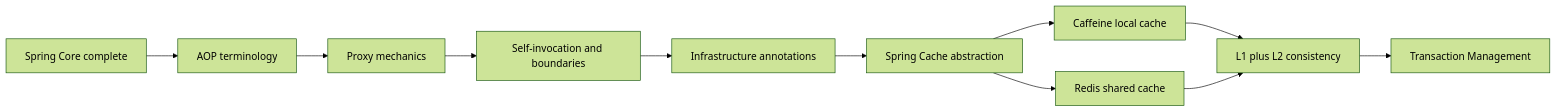
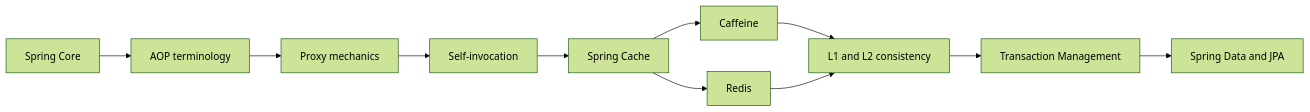
Before and after one commit to alimbetov/obsidian: the diagram in 30_CERTIFICATIONS/Spring/2V0-72.22/Spring AOP and Cache Roadmap.md, drawn with Mermaid (forest theme). The commit also changed other lines of this file, not shown here.

Commit message:
Link published Data JPA route from AOP cache roadmap

````diff
--- a/30_CERTIFICATIONS/Spring/2V0-72.22/Spring AOP and Cache Roadmap.md
+++ b/30_CERTIFICATIONS/Spring/2V0-72.22/Spring AOP and Cache Roadmap.md
@@ -36,13 +36,13 @@
 ```mermaid
 flowchart LR
-    C[Spring Core complete] --> A[AOP terminology]
+    C[Spring Core] --> A[AOP terminology]
     A --> P[Proxy mechanics]
-    P --> S[Self-invocation and boundaries]
-    S --> I[Infrastructure annotations]
-    I --> K[Spring Cache abstraction]
-    K --> CF[Caffeine local cache]
-    K --> R[Redis shared cache]
-    CF --> L2[L1 plus L2 consistency]
+    P --> S[Self-invocation]
+    S --> K[Spring Cache]
+    K --> CF[Caffeine]
+    K --> R[Redis]
+    CF --> L2[L1 and L2 consistency]
     R --> L2
     L2 --> TX[Transaction Management]
+    TX --> DATA[Spring Data and JPA]
 ```
````
